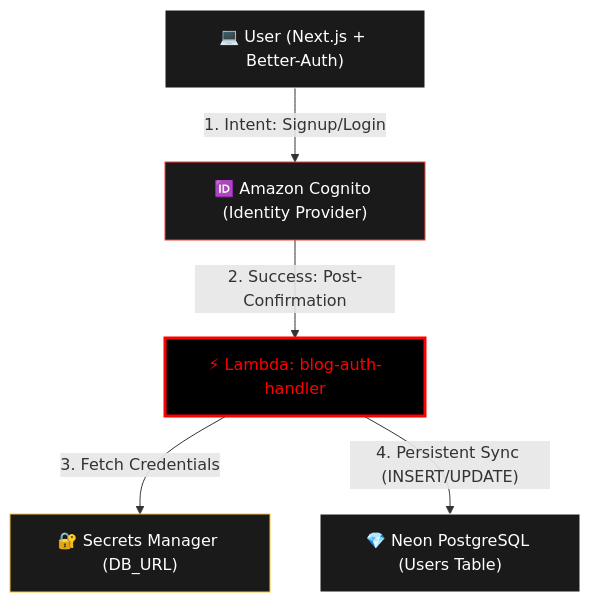
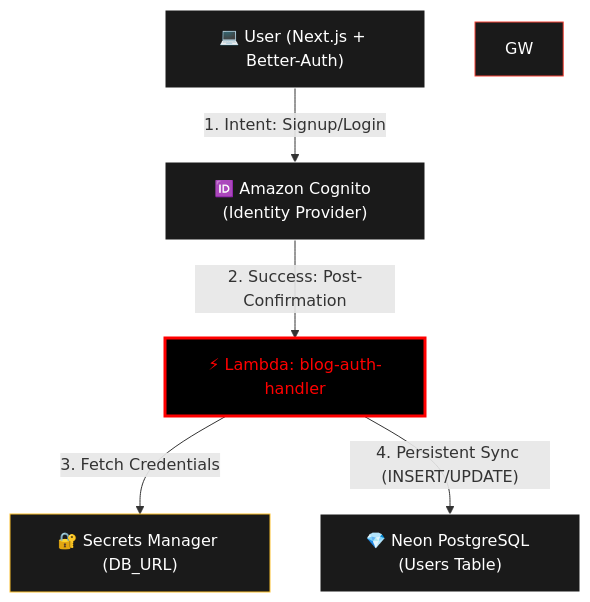
One commit to ucapistranmtz/blog-auth-handler changed the diagram in readme.md. Above: the diagram before and after it, drawn with Mermaid. The commit also changed other lines of this file, not shown here.

````diff
--- a/readme.md
+++ b/readme.md
@@ -9,24 +9,25 @@
 ```mermaid
 graph TD
-    %% Definición de Nodos
+    %% Node Definitions
     User["💻 User (Next.js + Better-Auth)"]
     Cog["🆔 Amazon Cognito (Identity Provider)"]
     L["⚡ Lambda: blog-auth-handler"]
     DB["💎 Neon PostgreSQL (Users Table)"]
     Sec["🔐 Secrets Manager (DB_URL)"]
 
-    %% Flujo de la Verdad
+    %% Truth Flow
     User -- "1. Intent: Signup/Login" --> Cog
     Cog -- "2. Success: Post-Confirmation" --> L
 
-    %% Sincronización
+    %% Synchronization
     L -- "3. Fetch Credentials" --> Sec
     L -- "4. Persistent Sync (INSERT/UPDATE)" --> DB
 
-    %% Estilos Pro (Dark Mode + Red)
+    %% Pro Styles (Dark Mode + Red)
     style L fill:#000,stroke:#ff0000,stroke-width:3px,color:#ff0000
-    style Cog fill:#1a1a1a,stroke:#f44336,stroke-width:1px,color:#ffffff
+    style GW fill:#1a1a1a,stroke:#f44336,stroke-width:1px,color:#ffffff
+    style Cog fill:#1a1a1a,stroke:#ffffff,stroke-width:1px,color:#ffffff
     style DB fill:#1a1a1a,stroke:#ffffff,stroke-width:1px,color:#ffffff
     style User fill:#1a1a1a,stroke:#ffffff,stroke-width:1px,color:#ffffff
     style Sec fill:#1a1a1a,stroke:#fbc02d,stroke-width:1px,color:#ffffff
 ```
````
